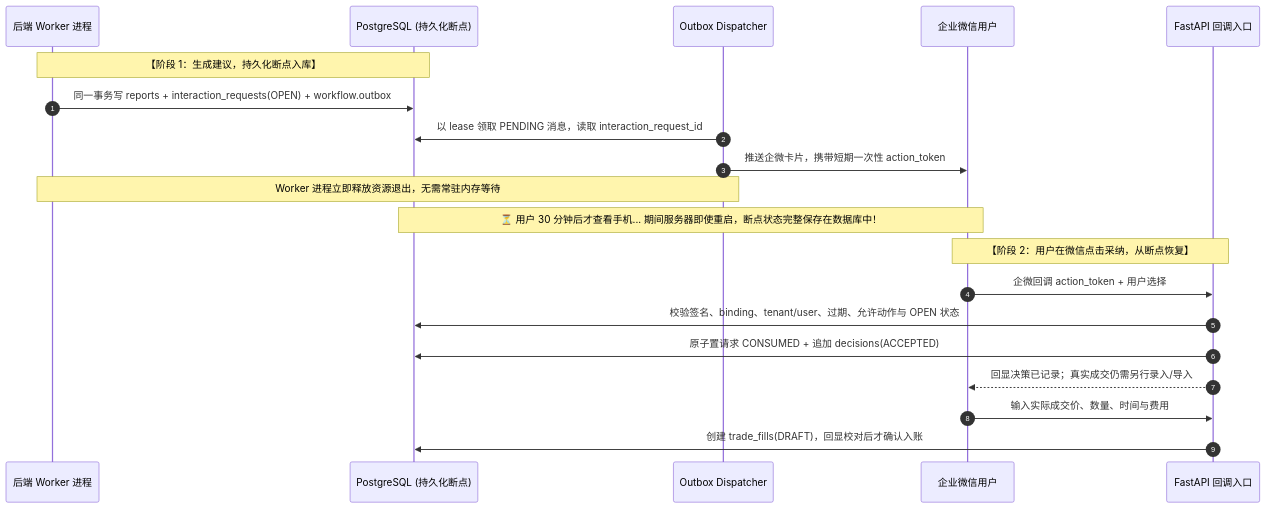
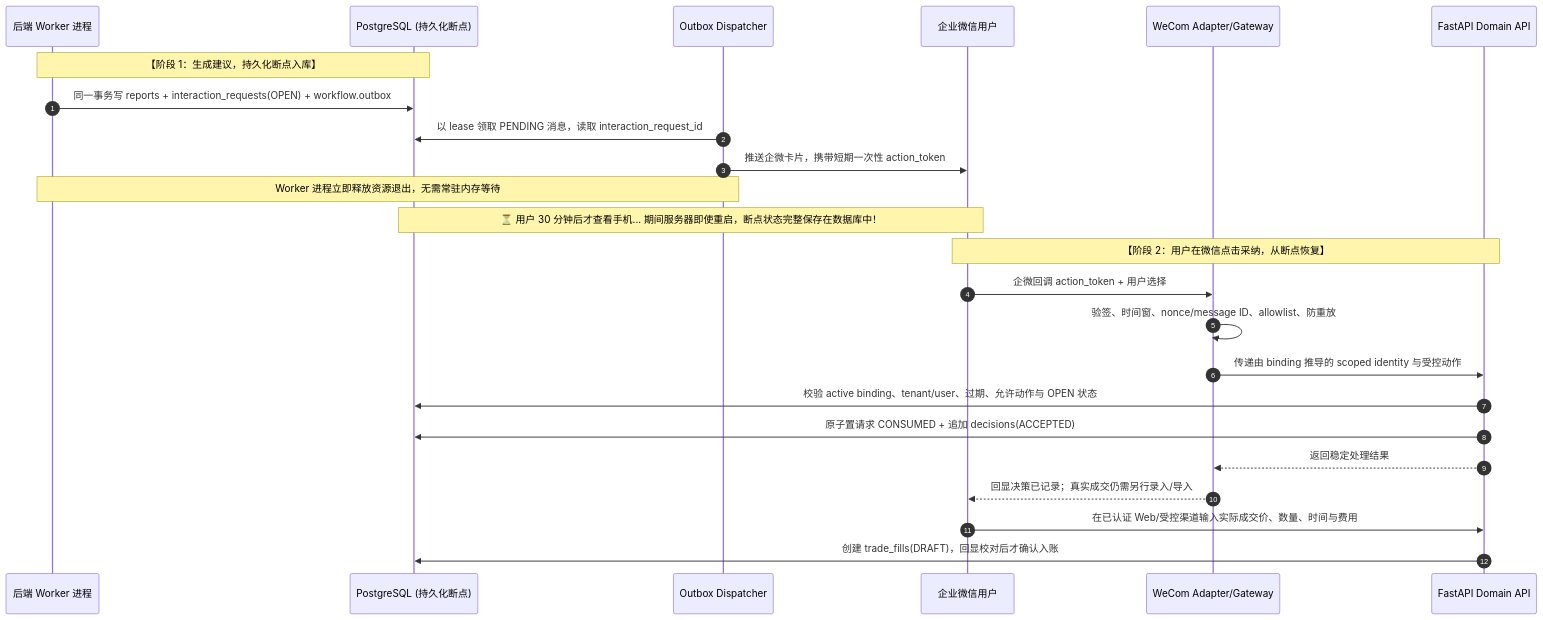
Before and after one commit to sinojelly/wealthsail: the third of 5 diagrams in docs/02.WealthSail投研平台全栈技术选型与架构评估.md, drawn with Mermaid. The commit also changed other lines of this file and 10 other files, not shown here.

````diff
--- a/docs/02.WealthSail投研平台全栈技术选型与架构评估.md
+++ b/docs/02.WealthSail投研平台全栈技术选型与架构评估.md
@@ -223,25 +223,29 @@
 ```mermaid
 sequenceDiagram
     autonumber
     participant Worker as 后端 Worker 进程
     participant DB as PostgreSQL (持久化断点)
     participant Outbox as Outbox Dispatcher
     participant User as 企业微信用户
-    participant API as FastAPI 回调入口
+    participant Adapter as WeCom Adapter/Gateway
+    participant API as FastAPI Domain API
 
     Note over Worker, DB: 【阶段 1：生成建议，持久化断点入库】
     Worker->>DB: 同一事务写 reports + interaction_requests(OPEN) + workflow.outbox
     Outbox->>DB: 以 lease 领取 PENDING 消息，读取 interaction_request_id
     Outbox->>User: 推送企微卡片，携带短期一次性 action_token
     Note over Worker, Outbox: Worker 进程立即释放资源退出，无需常驻内存等待
 
     Note over DB, User: ⏳ 用户 30 分钟后才查看手机... 期间服务器即使重启，断点状态完整保存在数据库中！
 
     Note over User, API: 【阶段 2：用户在微信点击采纳，从断点恢复】
-    User->>API: 企微回调 action_token + 用户选择
-    API->>DB: 校验签名、binding、tenant/user、过期、允许动作与 OPEN 状态
+    User->>Adapter: 企微回调 action_token + 用户选择
+    Adapter->>Adapter: 验签、时间窗、nonce/message ID、allowlist、防重放
+    Adapter->>API: 传递由 binding 推导的 scoped identity 与受控动作
+    API->>DB: 校验 active binding、tenant/user、过期、允许动作与 OPEN 状态
     API->>DB: 原子置请求 CONSUMED + 追加 decisions(ACCEPTED)
-    API-->>User: 回显决策已记录；真实成交仍需另行录入/导入
-    User->>API: 输入实际成交价、数量、时间与费用
+    API-->>Adapter: 返回稳定处理结果
+    Adapter-->>User: 回显决策已记录；真实成交仍需另行录入/导入
+    User->>API: 在已认证 Web/受控渠道输入实际成交价、数量、时间与费用
     API->>DB: 创建 trade_fills(DRAFT)，回显校对后才确认入账
 ```
````
